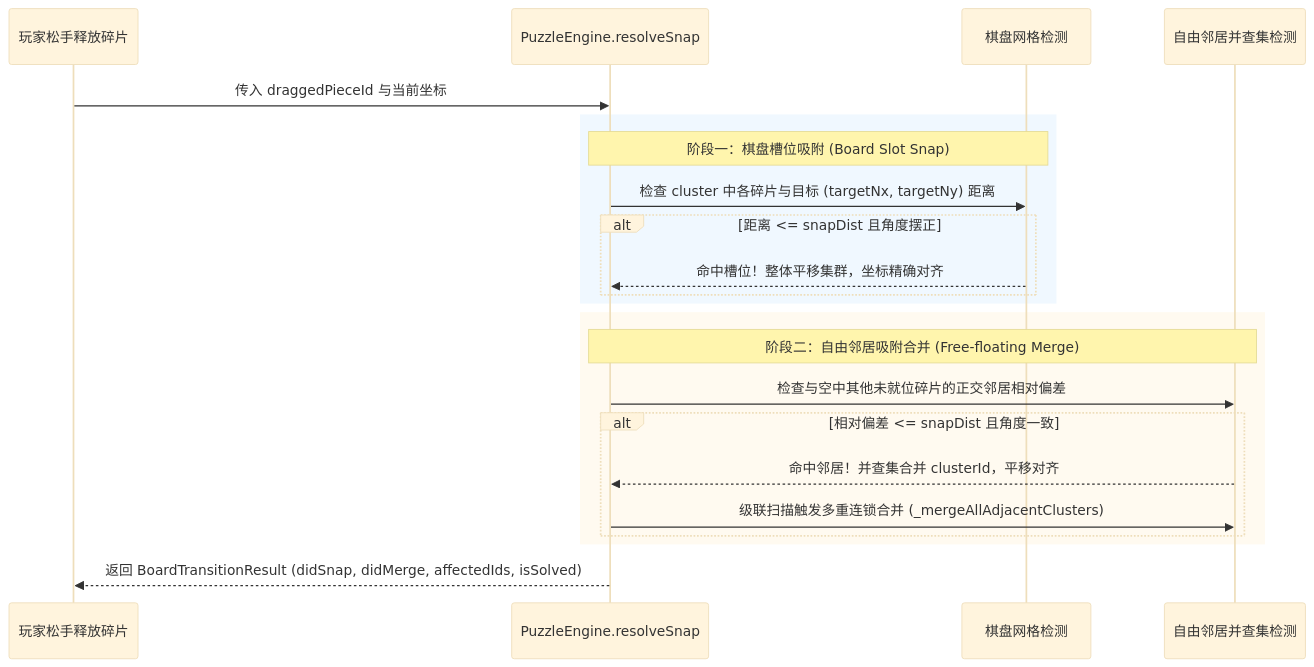
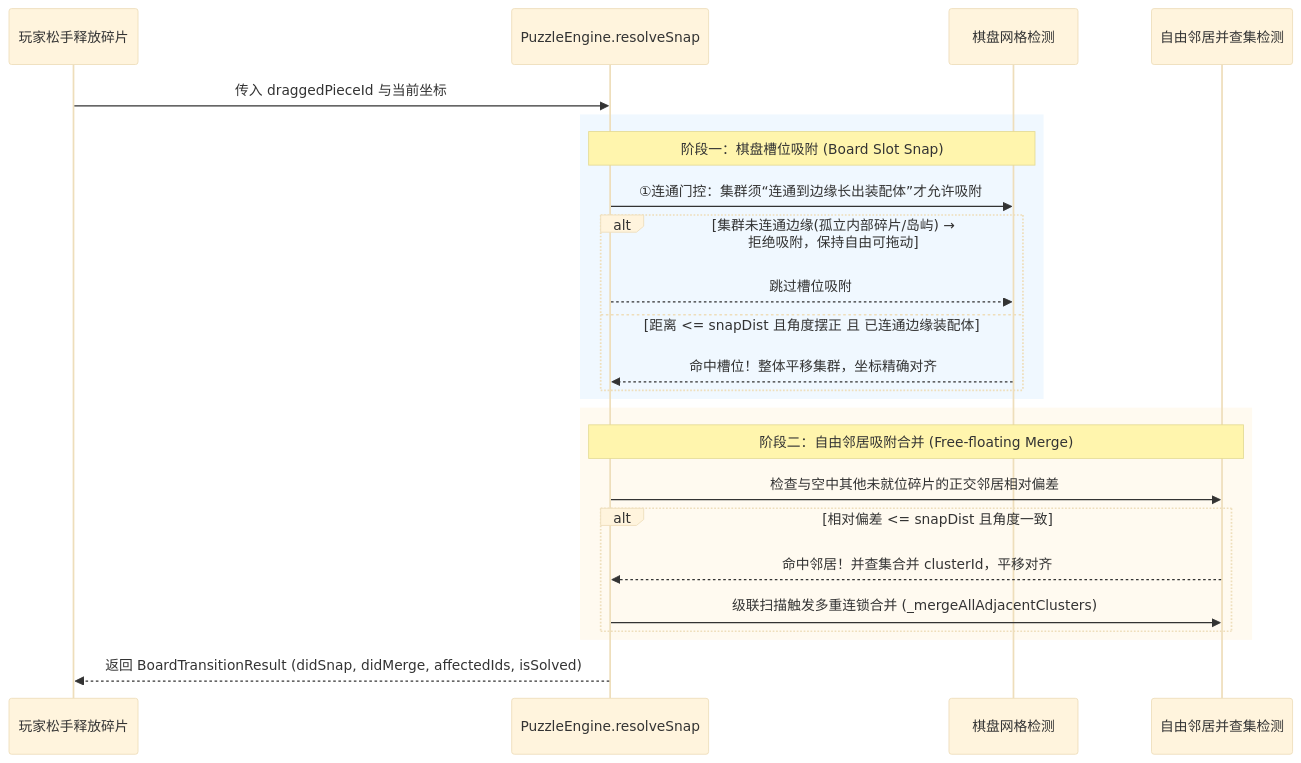
Before and after one commit to mcxiaoke/jigsaw-fox: the second of 2 diagrams in docs/jigsaw-logic-architecture-and-technology.md, drawn with Mermaid (base theme). The commit also changed other lines of this file and 11 other files, not shown here.

````diff
--- a/docs/jigsaw-logic-architecture-and-technology.md
+++ b/docs/jigsaw-logic-architecture-and-technology.md
@@ -143,28 +143,30 @@
 ```mermaid
 sequenceDiagram
     participant User as 玩家松手释放碎片
     participant Engine as PuzzleEngine.resolveSnap
     participant Board as 棋盘网格检测
     participant Cluster as 自由邻居并查集检测
 
     User->>Engine: 传入 draggedPieceId 与当前坐标
     
     rect rgb(240, 248, 255)
     Note over Engine,Board: 阶段一：棋盘槽位吸附 (Board Slot Snap)
-    Engine->>Board: 检查 cluster 中各碎片与目标 (targetNx, targetNy) 距离
-    alt 距离 <= snapDist 且角度摆正
+    Engine->>Board: ①连通门控：集群须“连通到边缘长出装配体”才允许吸附
+    alt 集群未连通边缘(孤立内部碎片/岛屿) → 拒绝吸附，保持自由可拖动
+        Engine-->>Board: 跳过槽位吸附
+    else 距离 <= snapDist 且角度摆正 且 已连通边缘装配体
         Board-->>Engine: 命中槽位！整体平移集群，坐标精确对齐
     end
     end
 
     rect rgb(255, 250, 240)
     Note over Engine,Cluster: 阶段二：自由邻居吸附合并 (Free-floating Merge)
     Engine->>Cluster: 检查与空中其他未就位碎片的正交邻居相对偏差
     alt 相对偏差 <= snapDist 且角度一致
         Cluster-->>Engine: 命中邻居！并查集合并 clusterId，平移对齐
         Engine->>Cluster: 级联扫描触发多重连锁合并 (_mergeAllAdjacentClusters)
     end
     end
 
     Engine-->>User: 返回 BoardTransitionResult (didSnap, didMerge, affectedIds, isSolved)
 ```
````
